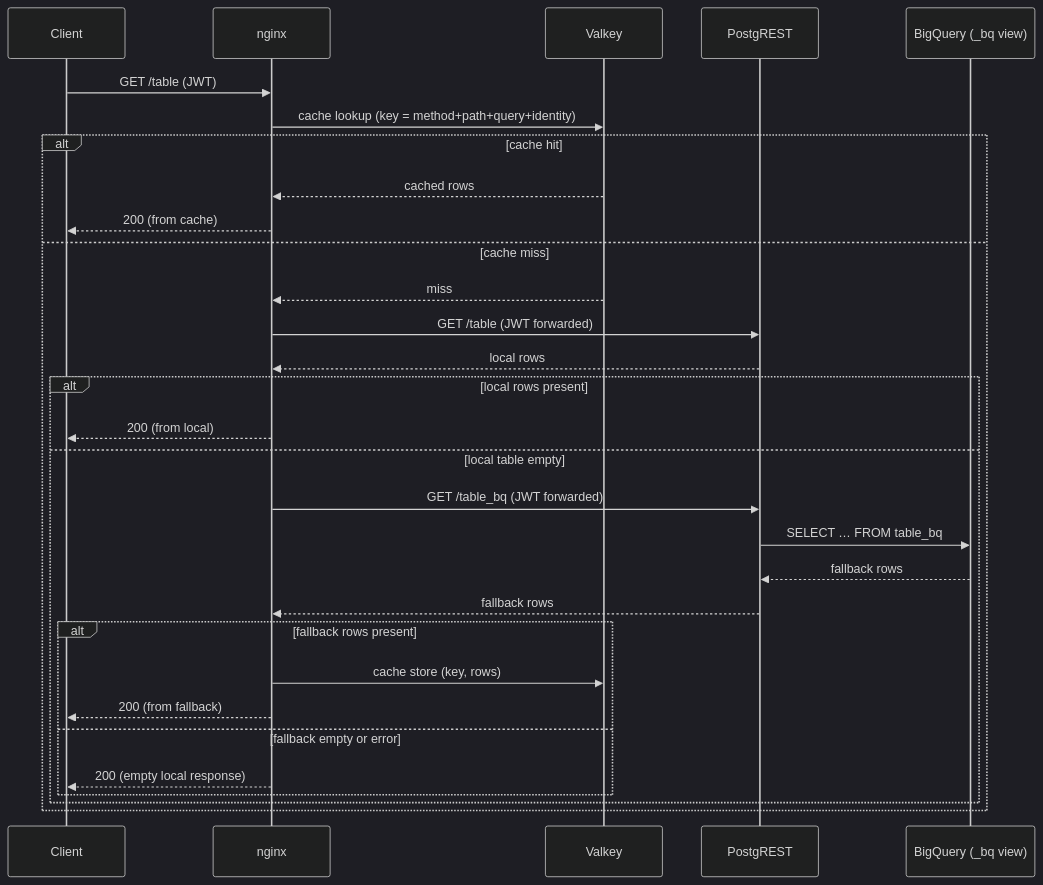
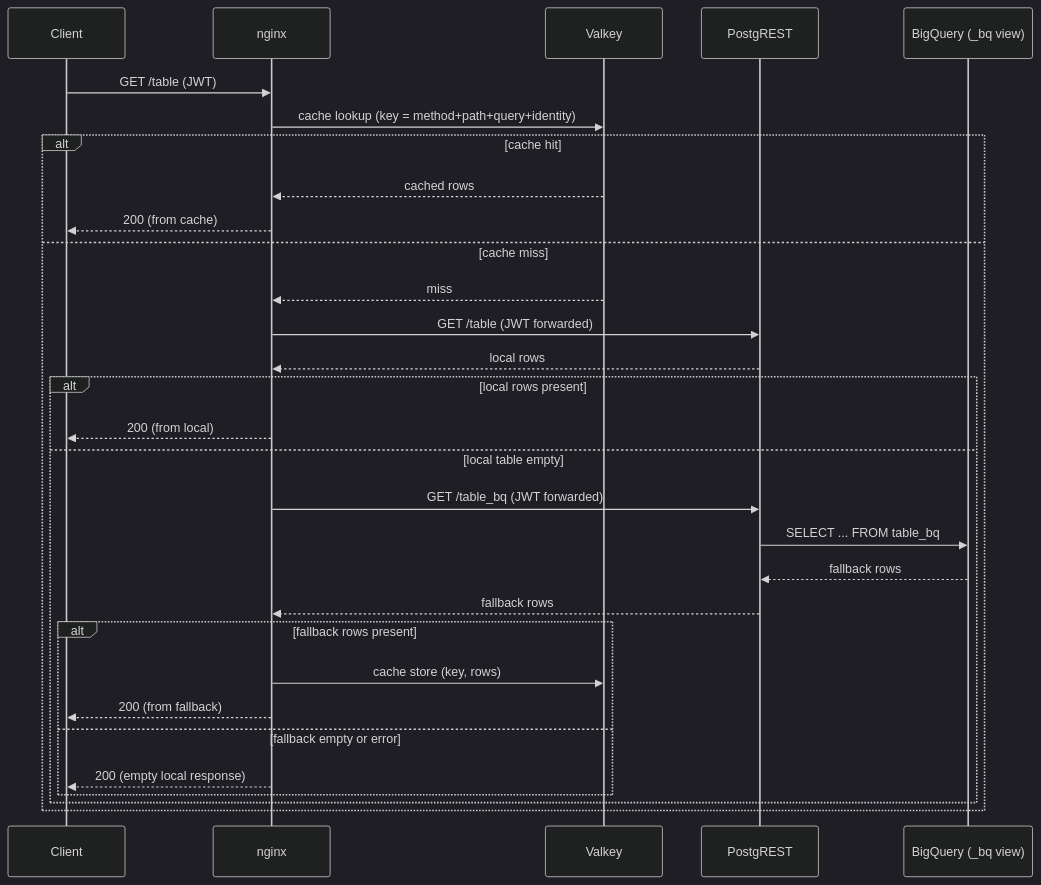
The diagram in docs/fallback.md (prefeitura-rio/data-proxy), drawn with Mermaid (dark theme) before and after one commit. The commit also changed 3 other files, not shown here.

````diff
--- a/docs/fallback.md
+++ b/docs/fallback.md
@@ -16,33 +16,33 @@
 ```mermaid
 sequenceDiagram
     participant C as Client
     participant N as nginx
     participant V as Valkey
     participant P as PostgREST
     participant B as BigQuery (_bq view)
 
     C->>N: GET /table (JWT)
     N->>V: cache lookup (key = method+path+query+identity)
     alt cache hit
         V-->>N: cached rows
         N-->>C: 200 (from cache)
     else cache miss
         V-->>N: miss
         N->>P: GET /table (JWT forwarded)
         P-->>N: local rows
         alt local rows present
             N-->>C: 200 (from local)
         else local table empty
             N->>P: GET /table_bq (JWT forwarded)
-            P->>B: SELECT … FROM table_bq
+            P->>B: SELECT ... FROM table_bq
             B-->>P: fallback rows
             P-->>N: fallback rows
             alt fallback rows present
                 N->>V: cache store (key, rows)
                 N-->>C: 200 (from fallback)
             else fallback empty or error
                 N-->>C: 200 (empty local response)
             end
         end
     end
 ```
````
